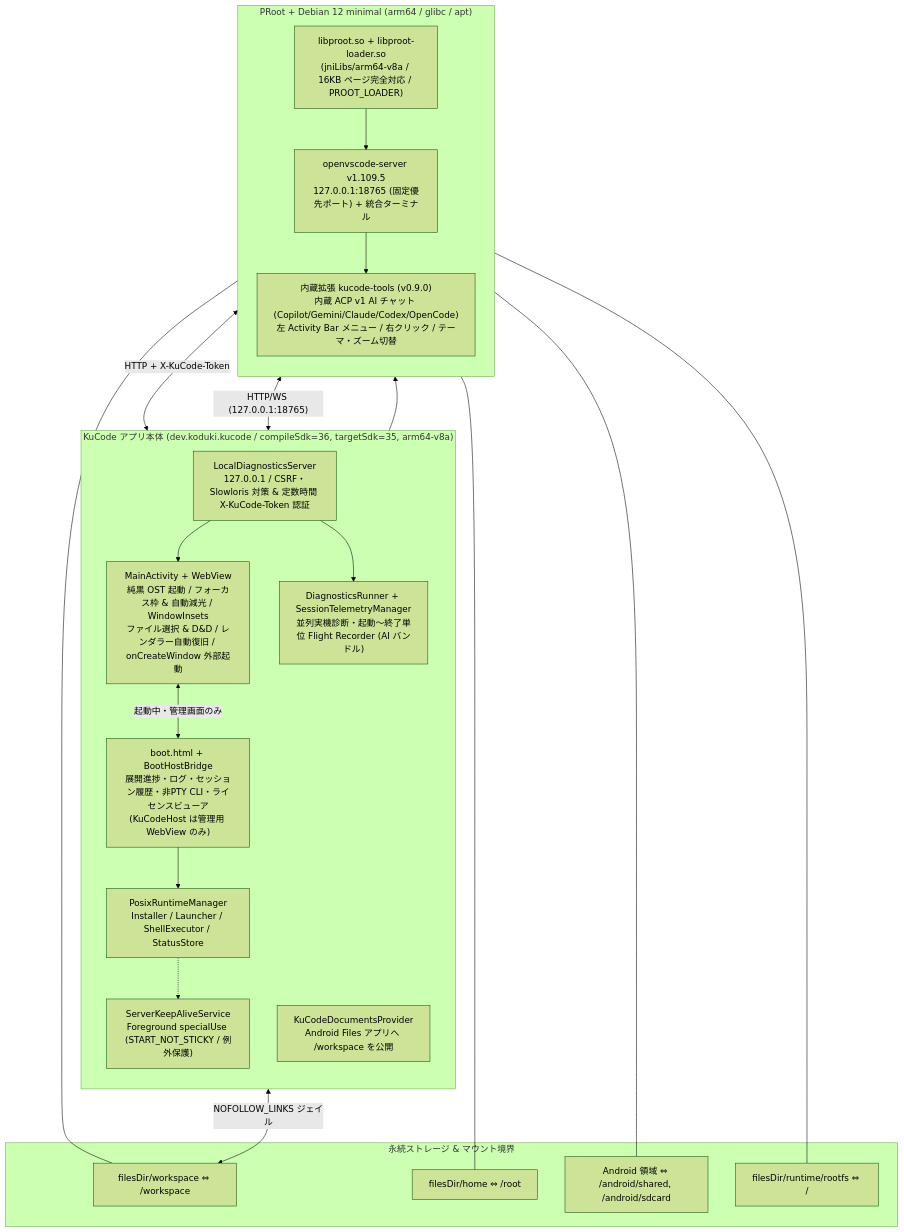
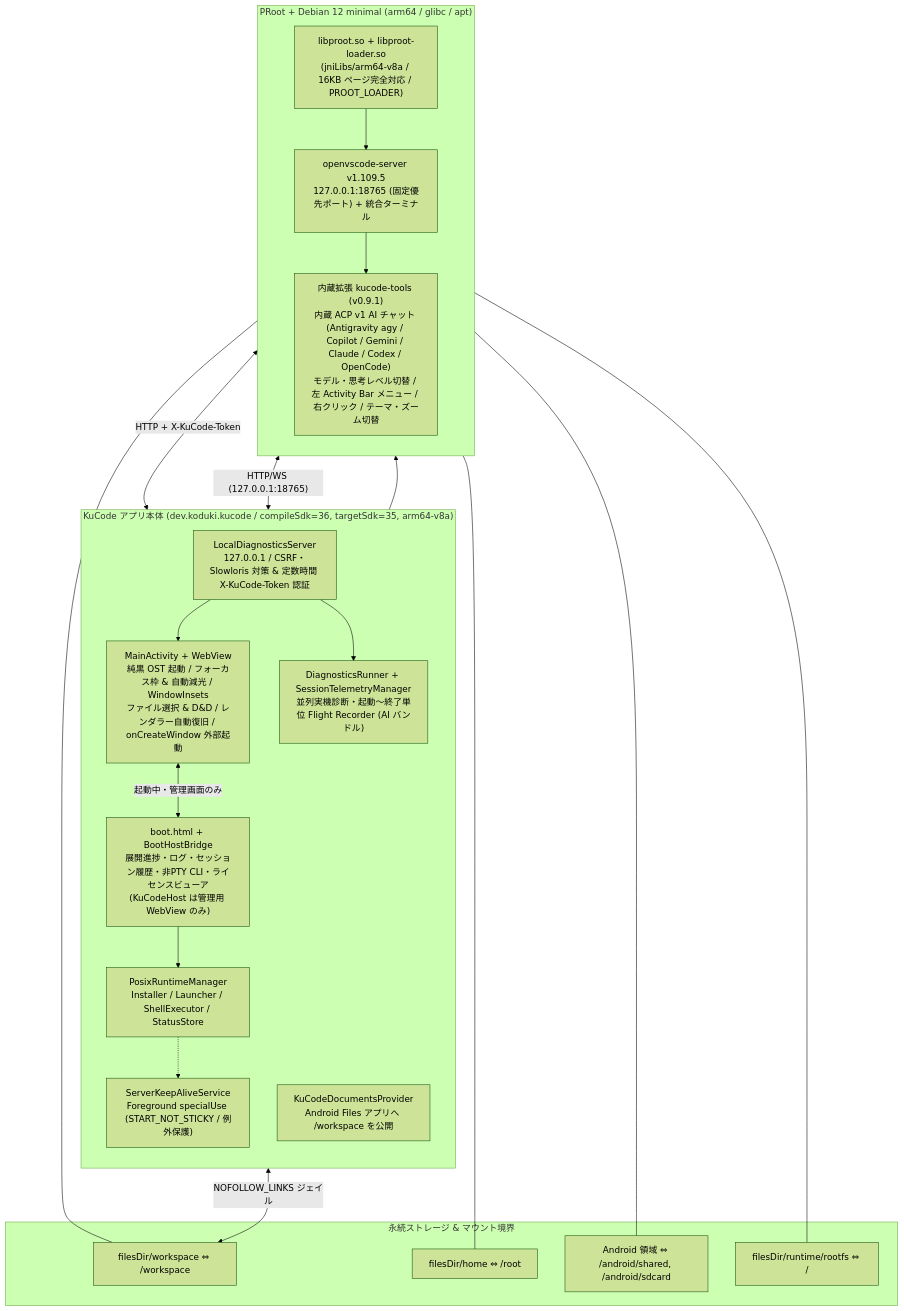
Before and after one commit to koduki/3d-editor: the diagram in README.md, drawn with Mermaid (forest theme). The commit also changed other lines of this file and 16 other files, not shown here.

Commit message:
feat(acp): add Google Antigravity (agy acp) as default ACP v1 agent and fix CI readelf lookup (v0.9.1)

````diff
--- a/README.md
+++ b/README.md
@@ -91,43 +94,43 @@
 ```mermaid
 flowchart TB
     subgraph AndroidXR["KuCode アプリ本体 (dev.koduki.kucode / compileSdk=36, targetSdk=35, arm64-v8a)"]
         direction TB
         MA["MainActivity + WebView<br/>純黒 OST 起動 / フォーカス枠 & 自動減光 / WindowInsets<br/>ファイル選択 & D&D / レンダラー自動復旧 / onCreateWindow 外部起動"]
         BOOT["boot.html + BootHostBridge<br/>展開進捗・ログ・セッション履歴・非PTY CLI・ライセンスビューア<br/>(KuCodeHost は管理用 WebView のみ)"]
         ADMIN["LocalDiagnosticsServer<br/>127.0.0.1 / CSRF・Slowloris 対策 & 定数時間 X-KuCode-Token 認証"]
         DIAG["DiagnosticsRunner + SessionTelemetryManager<br/>並列実機診断・起動〜終了単位 Flight Recorder (AI バンドル)"]
         DOC["KuCodeDocumentsProvider<br/>Android Files アプリへ /workspace を公開"]
         FGS["ServerKeepAliveService<br/>Foreground specialUse (START_NOT_STICKY / 例外保護)"]
         PRM["PosixRuntimeManager<br/>Installer / Launcher / ShellExecutor / StatusStore"]
     end
 
     subgraph Guest["PRoot + Debian 12 minimal (arm64 / glibc / apt)"]
         direction TB
         PROOT["libproot.so + libproot-loader.so<br/>(jniLibs/arm64-v8a / 16KB ページ完全対応 / PROOT_LOADER)"]
         VSC["openvscode-server v1.109.5<br/>127.0.0.1:18765 (固定優先ポート) + 統合ターミナル"]
-        EXT["内蔵拡張 kucode-tools (v0.9.0)<br/>内蔵 ACP v1 AI チャット (Copilot/Gemini/Claude/Codex/OpenCode)<br/>左 Activity Bar メニュー / 右クリック / テーマ・ズーム切替"]
+        EXT["内蔵拡張 kucode-tools (v0.9.1)<br/>内蔵 ACP v1 AI チャット (Antigravity agy / Copilot / Gemini / Claude / Codex / OpenCode)<br/>モデル・思考レベル切替 / 左 Activity Bar メニュー / 右クリック / テーマ・ズーム切替"]
     end
 
     subgraph Storage["永続ストレージ & マウント境界"]
         WS["filesDir/workspace ⇔ /workspace"]
         HOME["filesDir/home ⇔ /root"]
         AND["Android 領域 ⇔ /android/shared, /android/sdcard"]
         ROOTFS["filesDir/runtime/rootfs ⇔ /"]
     end
 
     MA <-->|"HTTP/WS (127.0.0.1:18765)"| VSC
     MA <-->|"起動中・管理画面のみ"| BOOT
     BOOT --> PRM
     EXT <-->|"HTTP + X-KuCode-Token"| ADMIN
     ADMIN --> DIAG
     ADMIN --> MA
     PRM --> PROOT
     PROOT --> VSC
     VSC --> EXT
     PRM -.-> FGS
     DOC <-->|"NOFOLLOW_LINKS ジェイル"| WS
     PROOT --- WS
     PROOT --- HOME
     PROOT --- AND
     PROOT --- ROOTFS
 ```
````
